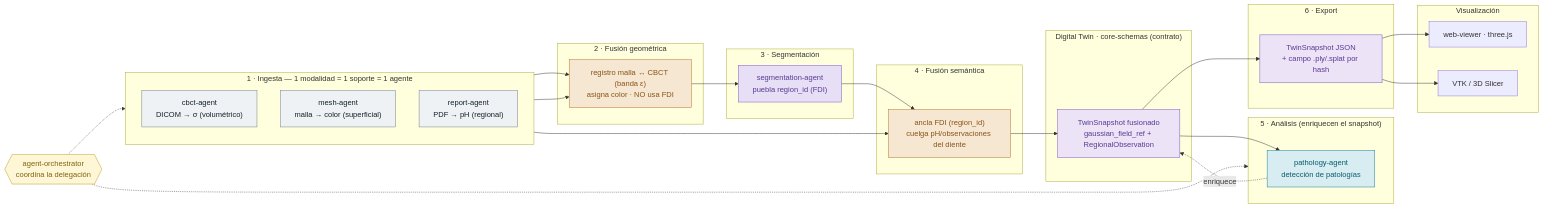
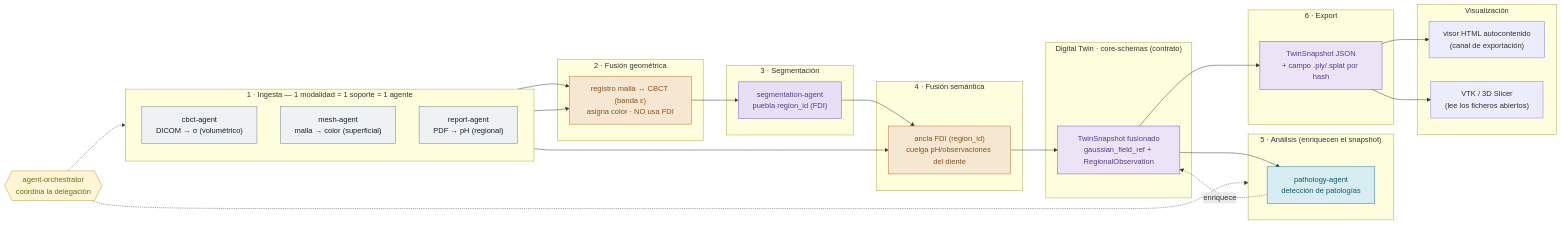
The first of 3 diagrams in docs/architecture/multi-agent-pipeline.md (ANFAIA/Agentic-Smart-Health), drawn with Mermaid before and after one commit. The commit also changed other lines of this file and 7 other files, not shown here.

Commit message:
chore(architecture): drop the empty Slicer MCP app and guard against phantom components

````diff
--- a/docs/architecture/multi-agent-pipeline.md
+++ b/docs/architecture/multi-agent-pipeline.md
@@ -106,60 +106,60 @@
 ```mermaid
 flowchart LR
   subgraph ING["1 · Ingesta — 1 modalidad = 1 soporte = 1 agente"]
     direction TB
     A1["cbct-agent<br/>DICOM → σ (volumétrico)"]
     A2["mesh-agent<br/>malla → color (superficial)"]
     A3["report-agent<br/>PDF → pH (regional)"]
   end
   subgraph FG["2 · Fusión geométrica"]
     RG["registro malla ↔ CBCT (banda ε)<br/>asigna color · NO usa FDI"]
   end
   subgraph SEG["3 · Segmentación"]
     SG["segmentation-agent<br/>puebla region_id (FDI)"]
   end
   subgraph FS["4 · Fusión semántica"]
     RS["ancla FDI (region_id)<br/>cuelga pH/observaciones del diente"]
   end
   subgraph TW["Digital Twin · core-schemas (contrato)"]
     SN["TwinSnapshot fusionado<br/>gaussian_field_ref + RegionalObservation"]
   end
   subgraph AN["5 · Análisis (enriquecen el snapshot)"]
     P1["pathology-agent<br/>detección de patologías"]
   end
   subgraph EX["6 · Export"]
     E1["TwinSnapshot JSON<br/>+ campo .ply/.splat por hash"]
   end
   subgraph VIS["Visualización"]
-    V1["web-viewer · three.js"]
-    V2["VTK / 3D Slicer"]
+    V1["visor HTML autocontenido<br/>(canal de exportación)"]
+    V2["VTK / 3D Slicer<br/>(lee los ficheros abiertos)"]
   end
 
   A1 --> RG
   A2 --> RG
   RG --> SG
   SG --> RS
   A3 --> RS
   RS --> SN
   SN --> P1
   P1 -.->|"enriquece"| SN
   SN --> E1
   E1 --> V1
   E1 --> V2
 
   ORCH{{"agent-orchestrator<br/>coordina la delegación"}}
   ORCH -.-> ING
   ORCH -.-> AN
 
   classDef ing fill:#eef2f4,stroke:#6b7b83,color:#16232b;
   classDef fus fill:#f6e7d3,stroke:#b5701d,color:#8a5416;
   classDef seg fill:#e6dff5,stroke:#7b4fc0,color:#5b3a94;
   classDef twin fill:#ece3f7,stroke:#7b4fc0,color:#5b3a94;
   classDef an fill:#d7edf1,stroke:#0d7d94,color:#0a5c6d;
   classDef orch fill:#fff6d6,stroke:#b59b1d,color:#7a6710;
   class A1,A2,A3 ing;
   class RG,RS fus;
   class SG seg;
   class SN,E1 twin;
   class P1 an;
   class ORCH orch;
 ```
````
